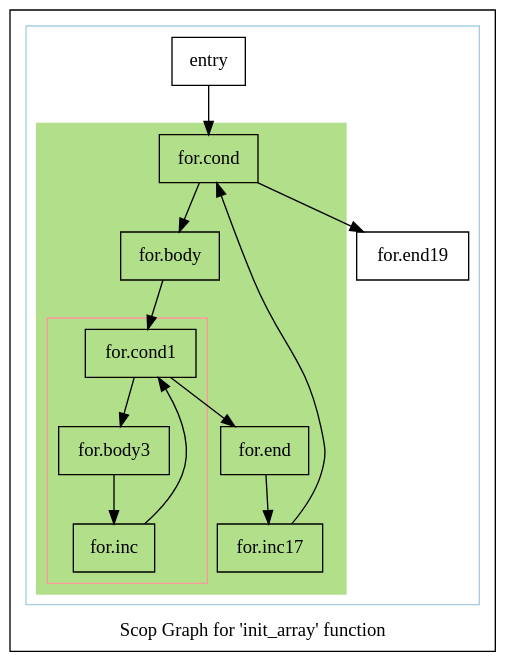
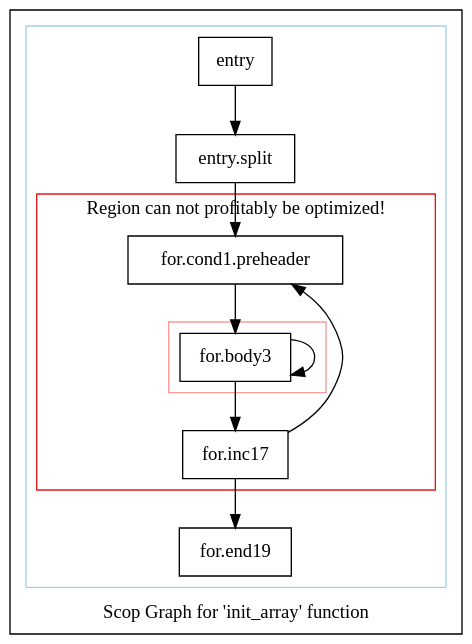
One commit to intel/quantum-intrinsics changed the diagram in polly/www/experiments/matmul/scopsonly.init_array.dot. Above: the diagram before and after it, drawn with Graphviz. The commit also changed 20 other files, not shown here.

```diff
--- a/polly/www/experiments/matmul/scopsonly.init_array.dot
+++ b/polly/www/experiments/matmul/scopsonly.init_array.dot
@@ -1,47 +1,39 @@
 digraph "Scop Graph for 'init_array' function" {
 	label="Scop Graph for 'init_array' function";
 
-	Node0x17d4370 [shape=record,label="{entry}"];
-	Node0x17d4370 -> Node0x17d9de0;
-	Node0x17d9de0 [shape=record,label="{for.cond}"];
-	Node0x17d9de0 -> Node0x17d9e40;
-	Node0x17d9de0 -> Node0x17d9ea0;
-	Node0x17d9e40 [shape=record,label="{for.body}"];
-	Node0x17d9e40 -> Node0x17d9f90;
-	Node0x17d9f90 [shape=record,label="{for.cond1}"];
-	Node0x17d9f90 -> Node0x17d9ff0;
-	Node0x17d9f90 -> Node0x17da050;
-	Node0x17d9ff0 [shape=record,label="{for.body3}"];
-	Node0x17d9ff0 -> Node0x17d9f00;
-	Node0x17d9f00 [shape=record,label="{for.inc}"];
-	Node0x17d9f00 -> Node0x17d9f90[constraint=false];
-	Node0x17da050 [shape=record,label="{for.end}"];
-	Node0x17da050 -> Node0x17da200;
-	Node0x17da200 [shape=record,label="{for.inc17}"];
-	Node0x17da200 -> Node0x17d9de0[constraint=false];
-	Node0x17d9ea0 [shape=record,label="{for.end19}"];
+	Node0x5ae2570 [shape=record,label="{entry}"];
+	Node0x5ae2570 -> Node0x5ae4e90;
+	Node0x5ae4e90 [shape=record,label="{entry.split}"];
+	Node0x5ae4e90 -> Node0x5ae4f50;
+	Node0x5ae4f50 [shape=record,label="{for.cond1.preheader}"];
+	Node0x5ae4f50 -> Node0x5ae50e0;
+	Node0x5ae50e0 [shape=record,label="{for.body3}"];
+	Node0x5ae50e0 -> Node0x5ae50e0[constraint=false];
+	Node0x5ae50e0 -> Node0x5ae5100;
+	Node0x5ae5100 [shape=record,label="{for.inc17}"];
+	Node0x5ae5100 -> Node0x5ae4f50[constraint=false];
+	Node0x5ae5100 -> Node0x5ae4ff0;
+	Node0x5ae4ff0 [shape=record,label="{for.end19}"];
 	colorscheme = "paired12"
-        subgraph cluster_0x17d3a30 {
+        subgraph cluster_0x5ad2dd0 {
           label = "";
           style = solid;
           color = 1
-          subgraph cluster_0x17d4ec0 {
-            label = "";
-            style = filled;
-            color = 3            subgraph cluster_0x17d4180 {
+          subgraph cluster_0x5ad2f50 {
+            label = "Region can not profitably be optimized!";
+            style = solid;
+            color = 6
+            subgraph cluster_0x5ad30d0 {
               label = "";
               style = solid;
               color = 5
-              Node0x17d9f90;
-              Node0x17d9ff0;
-              Node0x17d9f00;
+              Node0x5ae50e0;
             }
-            Node0x17d9de0;
-            Node0x17d9e40;
-            Node0x17da050;
-            Node0x17da200;
+            Node0x5ae4f50;
+            Node0x5ae5100;
           }
-          Node0x17d4370;
-          Node0x17d9ea0;
+          Node0x5ae2570;
+          Node0x5ae4e90;
+          Node0x5ae4ff0;
         }
 }
```
